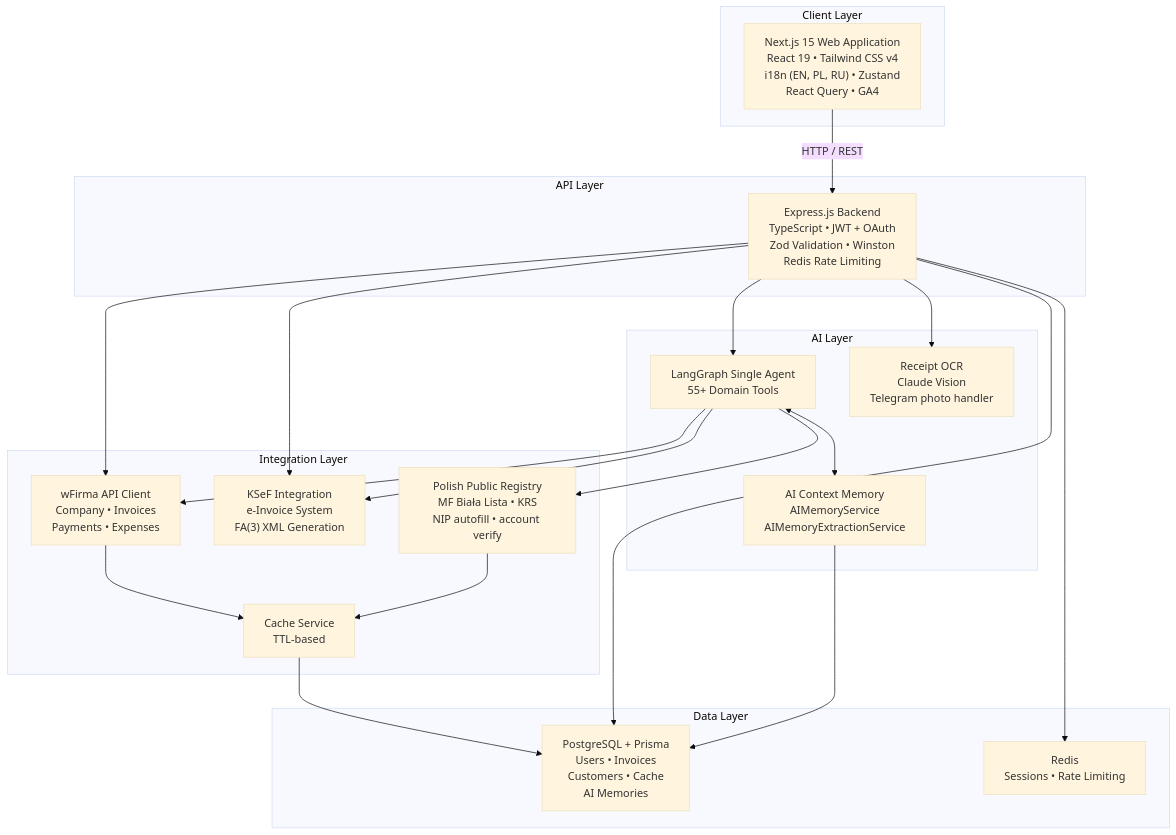
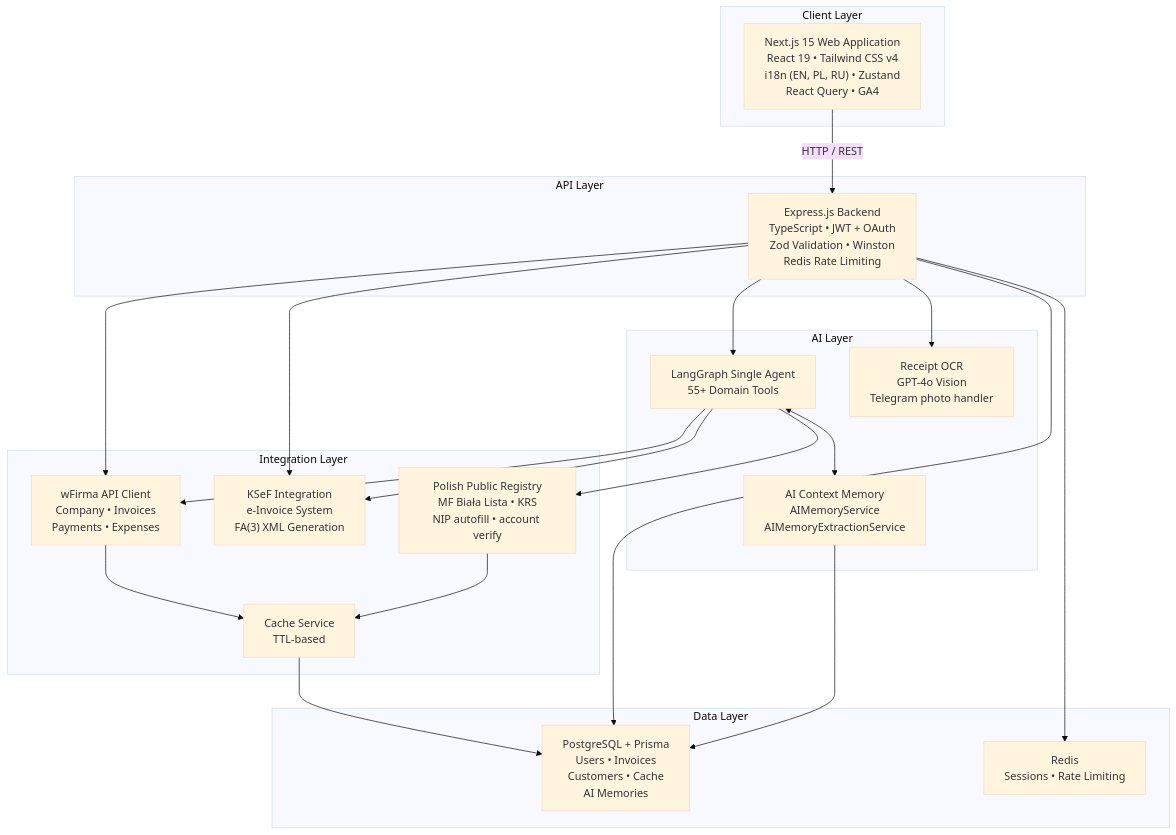
The first of 3 diagrams in docs/ARCHITECTURE.md (JealousyM/accounting-ai-agent), drawn with Mermaid (base theme) before and after one commit. The commit also changed other lines of this file and 7 other files, not shown here.

First line of the commit message:
docs: reflect OCR=GPT-4o + Anthropic removal across docs

````diff
--- a/docs/ARCHITECTURE.md
+++ b/docs/ARCHITECTURE.md
@@ -7,44 +7,44 @@
 ```mermaid
 graph TD
     subgraph CLIENT["Client Layer"]
         WEB["Next.js 15 Web Application<br/>React 19 &bull; Tailwind CSS v4<br/>i18n (EN, PL, RU) &bull; Zustand<br/>React Query &bull; GA4"]
     end
 
     subgraph API["API Layer"]
         EXPRESS["Express.js Backend<br/>TypeScript &bull; JWT + OAuth<br/>Zod Validation &bull; Winston<br/>Redis Rate Limiting"]
     end
 
     subgraph AI["AI Layer"]
         LANGGRAPH["LangGraph Single Agent<br/>55+ Domain Tools"]
         MEMORY["AI Context Memory<br/>AIMemoryService<br/>AIMemoryExtractionService"]
-        OCR["Receipt OCR<br/>Claude Vision<br/>Telegram photo handler"]
+        OCR["Receipt OCR<br/>GPT-4o Vision<br/>Telegram photo handler"]
         LANGGRAPH <--> MEMORY
     end
 
     subgraph INTEGRATION["Integration Layer"]
         WFIRMA["wFirma API Client<br/>Company &bull; Invoices<br/>Payments &bull; Expenses"]
         KSEF["KSeF Integration<br/>e-Invoice System<br/>FA(3) XML Generation"]
         REGISTRY["Polish Public Registry<br/>MF Biała Lista &bull; KRS<br/>NIP autofill &bull; account verify"]
         CACHE["Cache Service<br/>TTL-based"]
     end
 
     subgraph DATA["Data Layer"]
         PG["PostgreSQL + Prisma<br/>Users &bull; Invoices<br/>Customers &bull; Cache<br/>AI Memories"]
         REDIS["Redis<br/>Sessions &bull; Rate Limiting"]
     end
 
     WEB -- "HTTP / REST" --> EXPRESS
     EXPRESS --> LANGGRAPH
     EXPRESS --> WFIRMA
     EXPRESS --> KSEF
     EXPRESS --> OCR
     LANGGRAPH --> WFIRMA
     LANGGRAPH --> KSEF
     LANGGRAPH --> REGISTRY
     WFIRMA --> CACHE
     REGISTRY --> CACHE
     CACHE --> PG
     EXPRESS --> PG
     EXPRESS --> REDIS
     MEMORY --> PG
 ```
````
